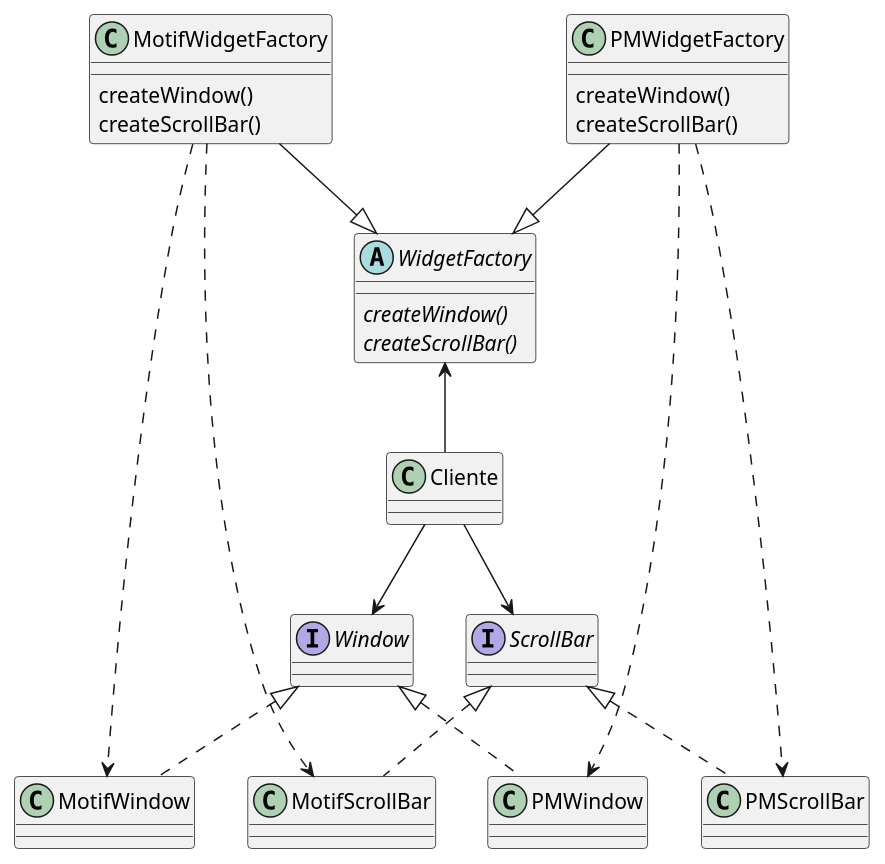
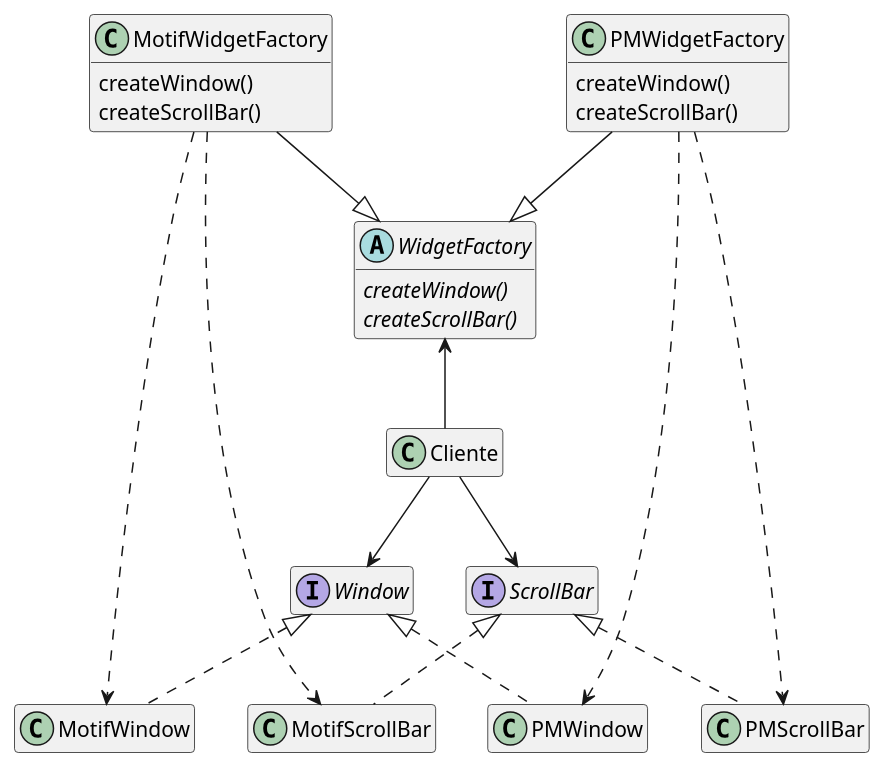
The diagram in src/gof/AbstractFactory.md (leandro-costa/vuepressppr), drawn with PlantUML before and after one commit. The commit also changed other lines of this file and 3 other files, not shown here.

```diff
--- a/src/gof/AbstractFactory.md
+++ b/src/gof/AbstractFactory.md
@@ -22,45 +24,47 @@
 @startuml
-
 abstract class WidgetFactory{
     {abstract} createWindow()
     {abstract} createScrollBar()
 }
 
 class MotifWidgetFactory{
     createWindow()
     createScrollBar()
 }
 
 class PMWidgetFactory{
     createWindow()
     createScrollBar()
 }
 MotifWidgetFactory --|> WidgetFactory
 PMWidgetFactory --|> WidgetFactory
 
 interface Window
 class PMWindow
 class MotifWindow
 
 Window <|..PMWindow
 Window <|..MotifWindow
 
 interface ScrollBar
 class PMScrollBar
 class MotifScrollBar
 
 ScrollBar <|..PMScrollBar
 ScrollBar <|..MotifScrollBar
 
 Cliente --> Window
 Cliente --> ScrollBar
 WidgetFactory <-- Cliente 
 
 
 MotifWidgetFactory .> MotifWindow
 MotifWidgetFactory .> MotifScrollBar
 
 PMWidgetFactory .> PMWindow
 PMWidgetFactory .> PMScrollBar
 
+hide empty attributes
+hide empty methods
+
 @enduml
```
